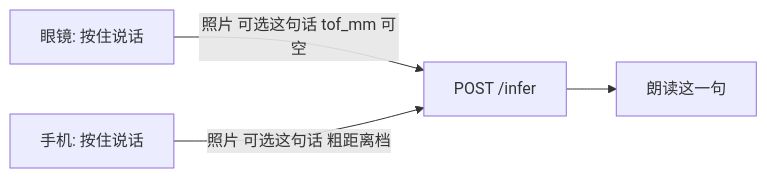
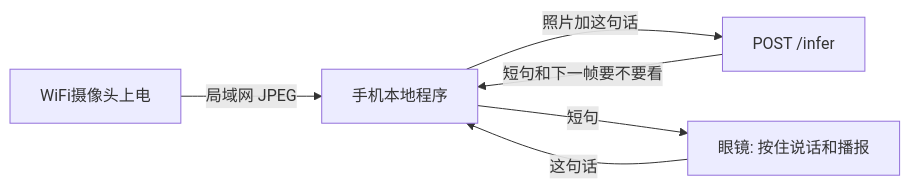
Before and after one commit to visionary078/disablewatch: the first of 4 diagrams in software/docs/看见下一步_当前判定说明.md, drawn with Mermaid. The commit also changed other lines of this file and 39 other files, not shown here.

````diff
--- a/software/docs/看见下一步_当前判定说明.md
+++ b/software/docs/看见下一步_当前判定说明.md
@@ -13,11 +13,13 @@
 ```mermaid
 flowchart LR
-  glasses[眼镜: 按住说话]
-  phone[手机: 按住说话]
+  cam[WiFi摄像头上电]
+  phone[手机本地程序]
   infer[POST /infer]
-  speak[朗读这一句]
+  glasses[眼镜: 按住说话和播报]
 
-  glasses -->|照片 可选这句话 tof_mm 可空| infer
-  phone -->|照片 可选这句话 粗距离档| infer
-  infer --> speak
+  cam -->|局域网 JPEG| phone
+  glasses -->|这句话| phone
+  phone -->|照片加这句话| infer
+  infer -->|短句和下一帧要不要看| phone
+  phone -->|短句| glasses
 ```
````
